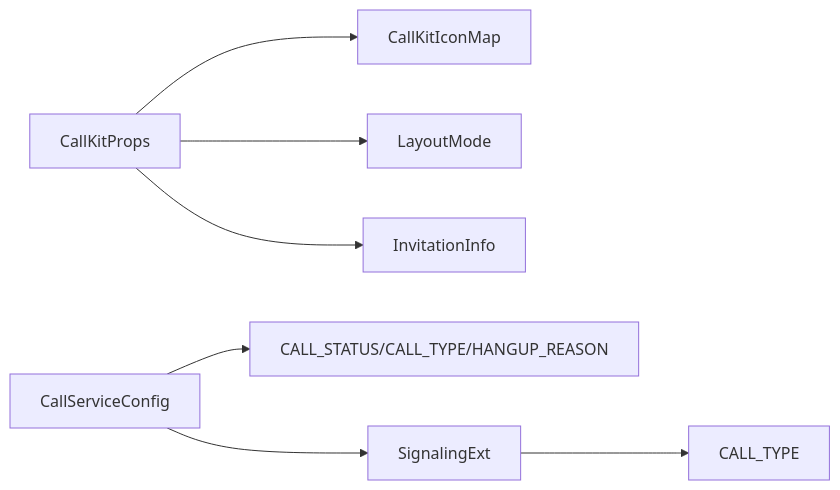
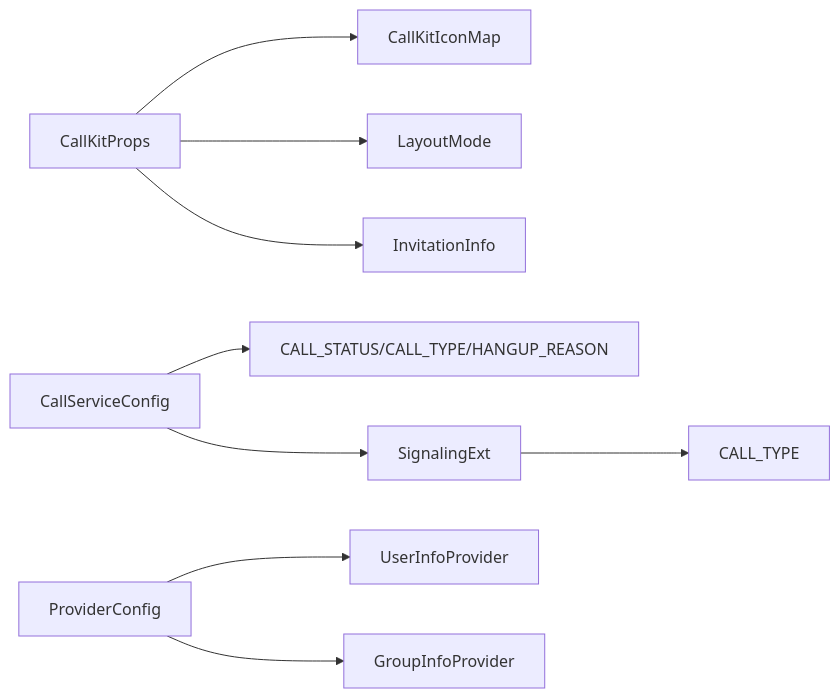
Before and after one commit to Easemob-Community/easemob-uikit-callkit-vue3: the ninth of 9 diagrams in .qoder/repowiki/zh/content/类型定义.md, drawn with Mermaid. The commit also changed other lines of this file and 15 other files, not shown here.

````diff
--- a/.qoder/repowiki/zh/content/类型定义.md
+++ b/.qoder/repowiki/zh/content/类型定义.md
@@ -392,9 +444,11 @@
 ```mermaid
 graph LR
 Props["CallKitProps"] --> Icons["CallKitIconMap"]
 Props --> Mode["LayoutMode"]
 Props --> Invite["InvitationInfo"]
 ServiceCfg["CallServiceConfig"] --> State["CALL_STATUS/CALL_TYPE/HANGUP_REASON"]
 ServiceCfg --> Signal["SignalingExt"]
 Signal --> CType["CALL_TYPE"]
+Provider["ProviderConfig"] --> UserInfo["UserInfoProvider"]
+Provider --> GroupInfo["GroupInfoProvider"]
 ```
````
